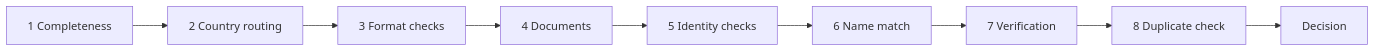
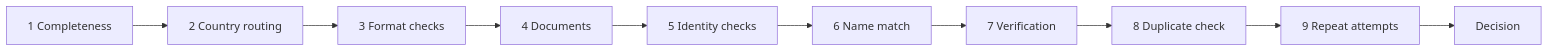
Before and after one commit to ShubhamK0802/vendor-onboarding-flask: the second of 5 diagrams in docs/WORKFLOW.md, drawn with Mermaid. The commit also changed other lines of this file and 22 other files, not shown here.

````diff
--- a/docs/WORKFLOW.md
+++ b/docs/WORKFLOW.md
@@ -30,6 +30,6 @@
 ```mermaid
 flowchart LR
     S1[1 Completeness] --> S2[2 Country routing] --> S3[3 Format checks] --> S4[4 Documents]
     S4 --> S5[5 Identity checks] --> S6[6 Name match] --> S7[7 Verification] --> S8[8 Duplicate check]
-    S8 --> D[Decision]
+    S8 --> S9[9 Repeat attempts] --> D[Decision]
 ```
````
